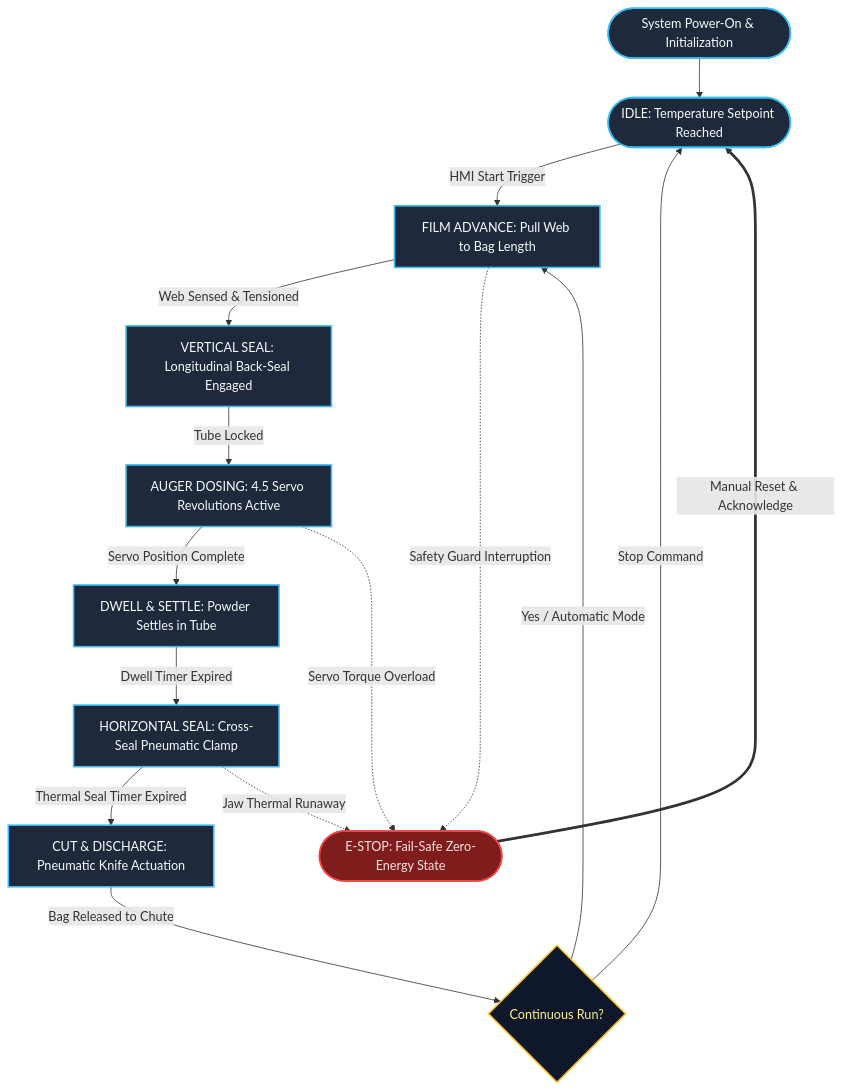
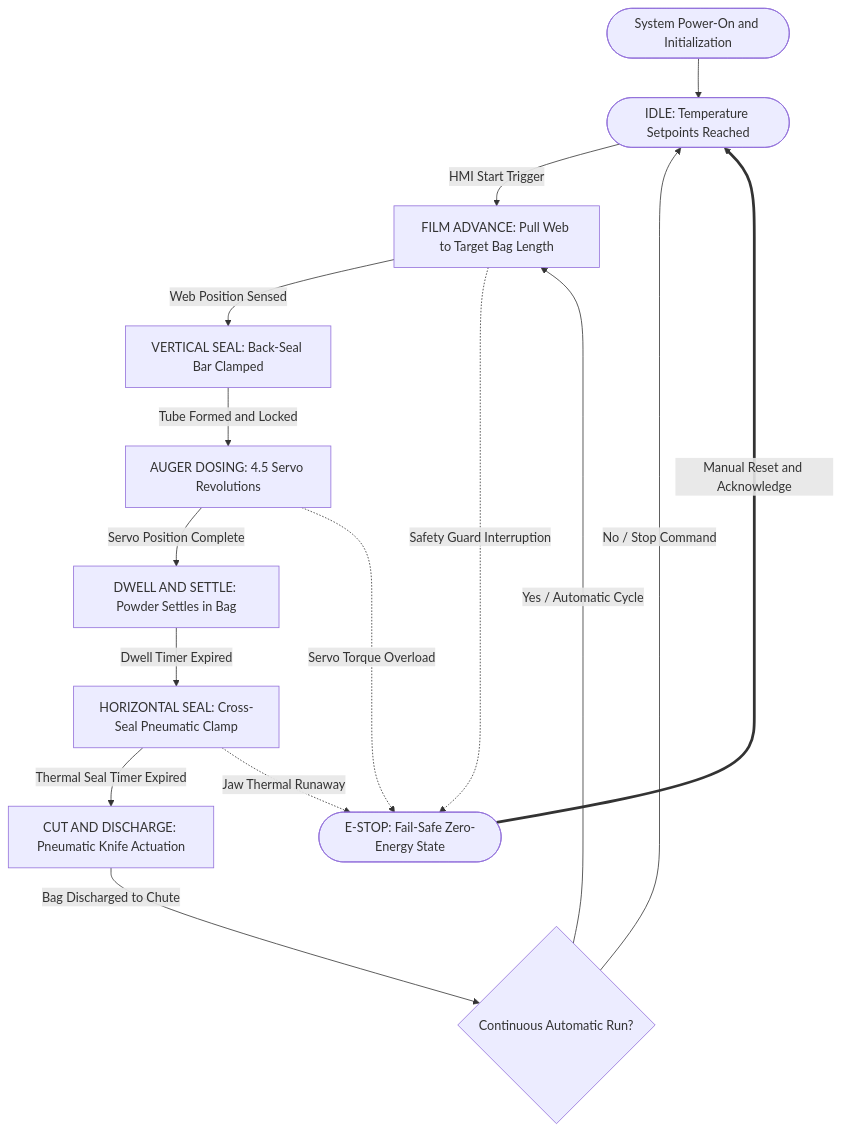
Before and after one commit to Hassan-Moqbel/auger-filler-vffs-packaging-machine: the second of 2 diagrams in README.md, drawn with Mermaid. The commit also changed other lines of this file, not shown here.

Commit message:
fix(docs): eliminate mermaid render crash and blank container issues

````diff
--- a/README.md
+++ b/README.md
@@ -97,30 +97,23 @@
 ```mermaid
 flowchart TD
-    START(["System Power-On & Initialization"]) --> IDLE(["IDLE: Temperature Setpoint Reached"])
+    START([System Power-On and Initialization]) --> IDLE([IDLE: Temperature Setpoints Reached])
 
-    IDLE -->|"HMI Start Trigger"| FILM_ADV["FILM ADVANCE: Pull Web to Bag Length"]
-    FILM_ADV -->|"Web Sensed & Tensioned"| V_SEAL["VERTICAL SEAL: Longitudinal Back-Seal Engaged"]
+    IDLE -->|HMI Start Trigger| FILM_ADV[FILM ADVANCE: Pull Web to Target Bag Length]
+    FILM_ADV -->|Web Position Sensed| V_SEAL[VERTICAL SEAL: Back-Seal Bar Clamped]
 
-    V_SEAL -->|"Tube Locked"| DOSING["AUGER DOSING: 4.5 Servo Revolutions Active"]
-    DOSING -->|"Servo Position Complete"| DWELL["DWELL & SETTLE: Powder Settles in Tube"]
+    V_SEAL -->|Tube Formed and Locked| DOSING[AUGER DOSING: 4.5 Servo Revolutions]
+    DOSING -->|Servo Position Complete| DWELL[DWELL AND SETTLE: Powder Settles in Bag]
 
-    DWELL -->|"Dwell Timer Expired"| H_SEAL["HORIZONTAL SEAL: Cross-Seal Pneumatic Clamp"]
-    H_SEAL -->|"Thermal Seal Timer Expired"| CUT["CUT & DISCHARGE: Pneumatic Knife Actuation"]
+    DWELL -->|Dwell Timer Expired| H_SEAL[HORIZONTAL SEAL: Cross-Seal Pneumatic Clamp]
+    H_SEAL -->|Thermal Seal Timer Expired| CUT[CUT AND DISCHARGE: Pneumatic Knife Actuation]
 
-    CUT -->|"Bag Released to Chute"| CYCLE_CHECK{"Continuous Run?"}
-    CYCLE_CHECK -->|"Yes / Automatic Mode"| FILM_ADV
-    CYCLE_CHECK -->|"Stop Command"| IDLE
+    CUT -->|Bag Discharged to Chute| CYCLE_CHECK{Continuous Automatic Run?}
+    CYCLE_CHECK -->|Yes / Automatic Cycle| FILM_ADV
+    CYCLE_CHECK -->|No / Stop Command| IDLE
 
-    FILM_ADV -.->|"Safety Guard Interruption"| ESTOP(["E-STOP: Fail-Safe Zero-Energy State"])
-    DOSING -.->|"Servo Torque Overload"| ESTOP
-    H_SEAL -.->|"Jaw Thermal Runaway"| ESTOP
-    ESTOP ==>|"Manual Reset & Acknowledge"| IDLE
-
-    classDef stateNode fill:#1e293b,stroke:#38bdf8,stroke-width:2px,color:#f8fafc;
-    classDef stopNode fill:#7f1d1d,stroke:#ef4444,stroke-width:2px,color:#fee2e2;
-    classDef decision fill:#0f172a,stroke:#fbbf24,stroke-width:2px,color:#fef08a;
-
-    class START,IDLE,FILM_ADV,V_SEAL,DOSING,DWELL,H_SEAL,CUT stateNode;
-    class ESTOP stopNode;
-    class CYCLE_CHECK decision;
+    %% Safety Interlocks
+    FILM_ADV -.->|Safety Guard Interruption| ESTOP([E-STOP: Fail-Safe Zero-Energy State])
+    DOSING -.->|Servo Torque Overload| ESTOP
+    H_SEAL -.->|Jaw Thermal Runaway| ESTOP
+    ESTOP ==>|Manual Reset and Acknowledge| IDLE
 ```
````
